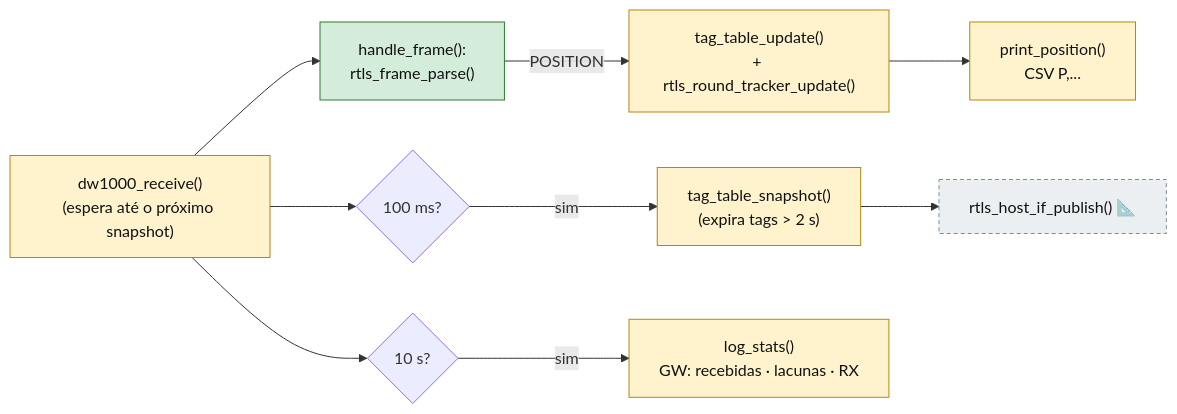
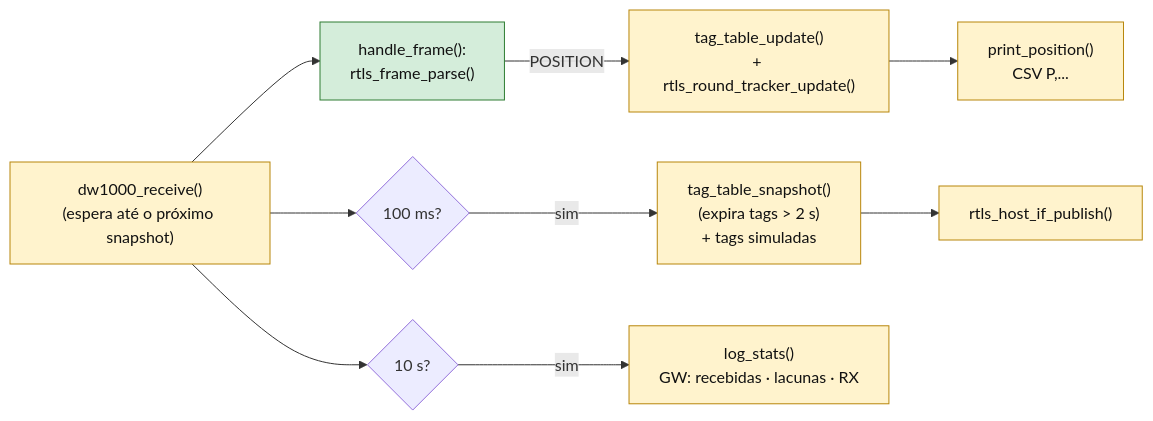
One commit to MauroTony/dwm1001-rtls-fw changed diagram 11 of 16 in docs/09-guia-do-codigo.md. Above: the diagram before and after it, drawn with Mermaid. The commit also changed other lines of this file and 3 other files, not shown here.

````diff
--- a/docs/09-guia-do-codigo.md
+++ b/docs/09-guia-do-codigo.md
@@ -409,12 +430,12 @@
 ```mermaid
 flowchart LR
     rx["dw1000_receive()<br/>(espera até o próximo snapshot)"]:::bench --> h["handle_frame():<br/>rtls_frame_parse()"]:::ok
     h -- POSITION --> up["tag_table_update()<br/>+ rtls_round_tracker_update()"]:::bench --> csv["print_position()<br/>CSV P,..."]:::bench
     rx --> t{"100 ms?"}
-    t -- sim --> snap["tag_table_snapshot()<br/>(expira tags > 2 s)"]:::bench --> pub["rtls_host_if_publish() 📐"]:::stub
+    t -- sim --> snap["tag_table_snapshot()<br/>(expira tags > 2 s)<br/>+ tags simuladas"]:::bench --> pub["rtls_host_if_publish()"]:::bench
     rx --> s10{"10 s?"}
     s10 -- sim --> ls["log_stats()<br/>GW: recebidas · lacunas · RX"]:::bench
     classDef ok fill:#d4edda,stroke:#2e7d32,color:#111
     classDef bench fill:#fff3cd,stroke:#b8860b,color:#111
     classDef stub fill:#eceff1,stroke:#78909c,color:#111,stroke-dasharray:4 3
 ```
````
